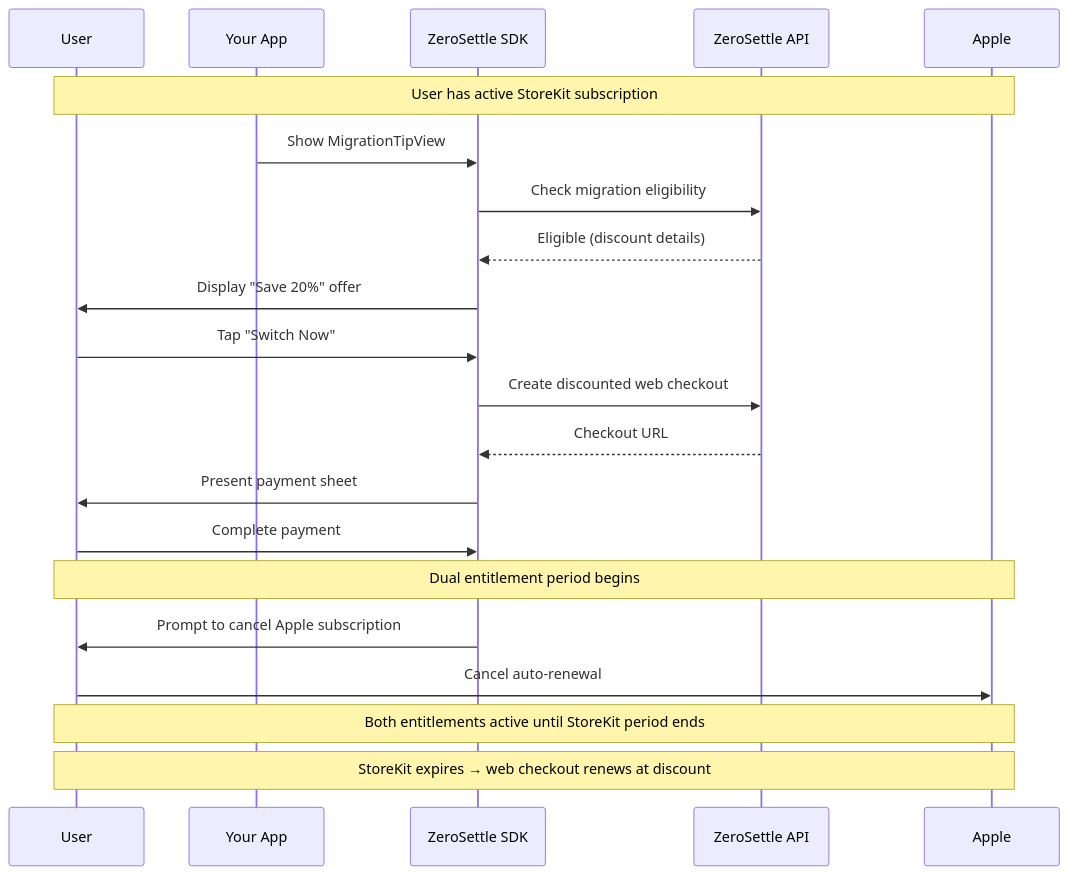
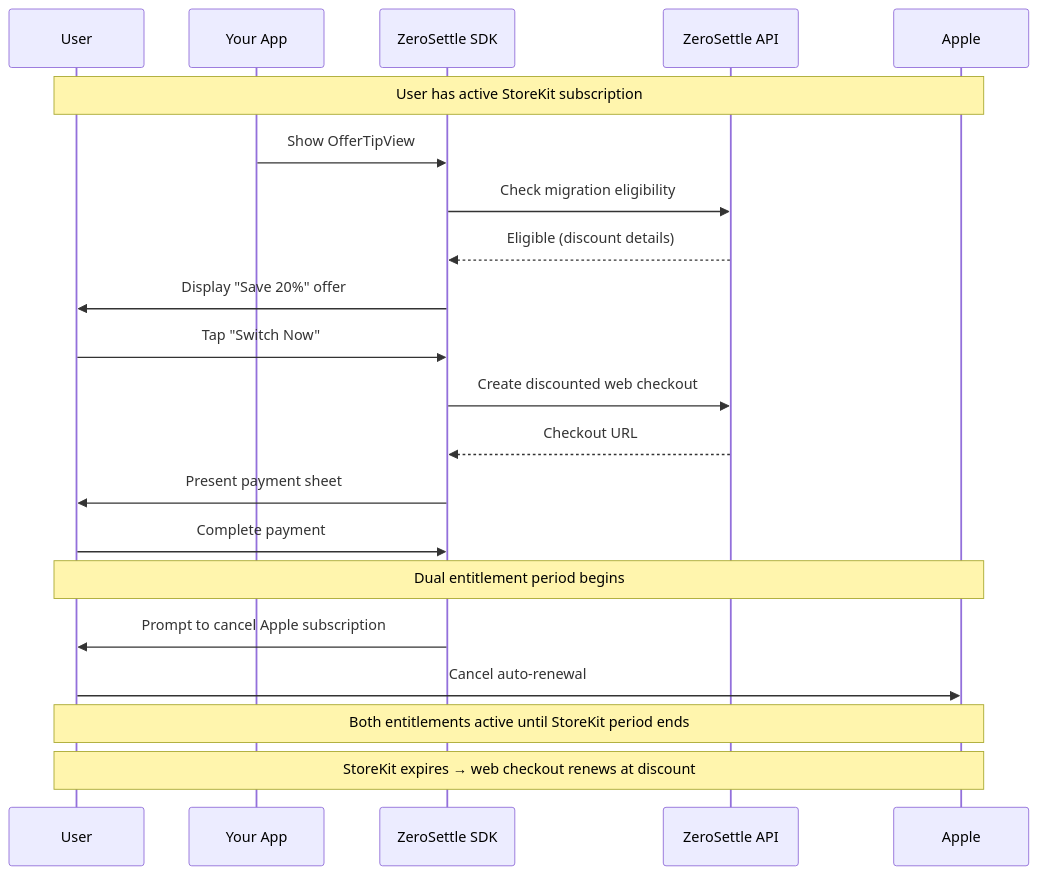
One commit to zerosettle/docs changed the diagram in iap/switch-and-save.mdx. Above: the diagram before and after it, drawn with Mermaid. The commit also changed other lines of this file, not shown here.

First line of the commit message:
Docs: Switch and Save leads with OfferTipView, drops Android and Flutter APIs that do not exist

````diff
--- a/iap/switch-and-save.mdx
+++ b/iap/switch-and-save.mdx
@@ -33,28 +33,28 @@
 ```mermaid
 sequenceDiagram
     participant User
     participant App as Your App
     participant SDK as ZeroSettle SDK
     participant API as ZeroSettle API
     participant Apple as Apple
 
     Note over User,Apple: User has active StoreKit subscription
 
-    App->>SDK: Show MigrationTipView
+    App->>SDK: Show OfferTipView
     SDK->>API: Check migration eligibility
     API-->>SDK: Eligible (discount details)
     SDK->>User: Display "Save 20%" offer
 
     User->>SDK: Tap "Switch Now"
     SDK->>API: Create discounted web checkout
     API-->>SDK: Checkout URL
     SDK->>User: Present payment sheet
     User->>SDK: Complete payment
 
     Note over User,Apple: Dual entitlement period begins
     SDK->>User: Prompt to cancel Apple subscription
     User->>Apple: Cancel auto-renewal
 
     Note over User,Apple: Both entitlements active until StoreKit period ends
     Note over User,Apple: StoreKit expires → web checkout renews at discount
 ```
````
